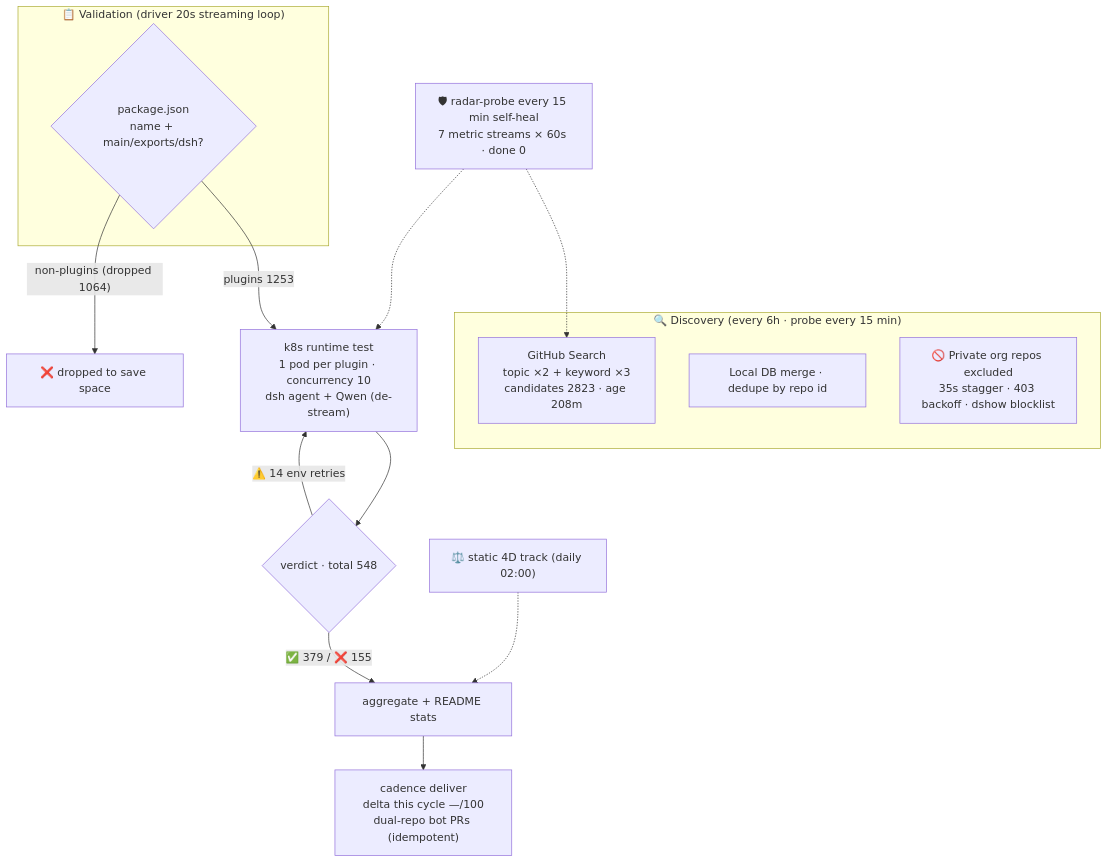
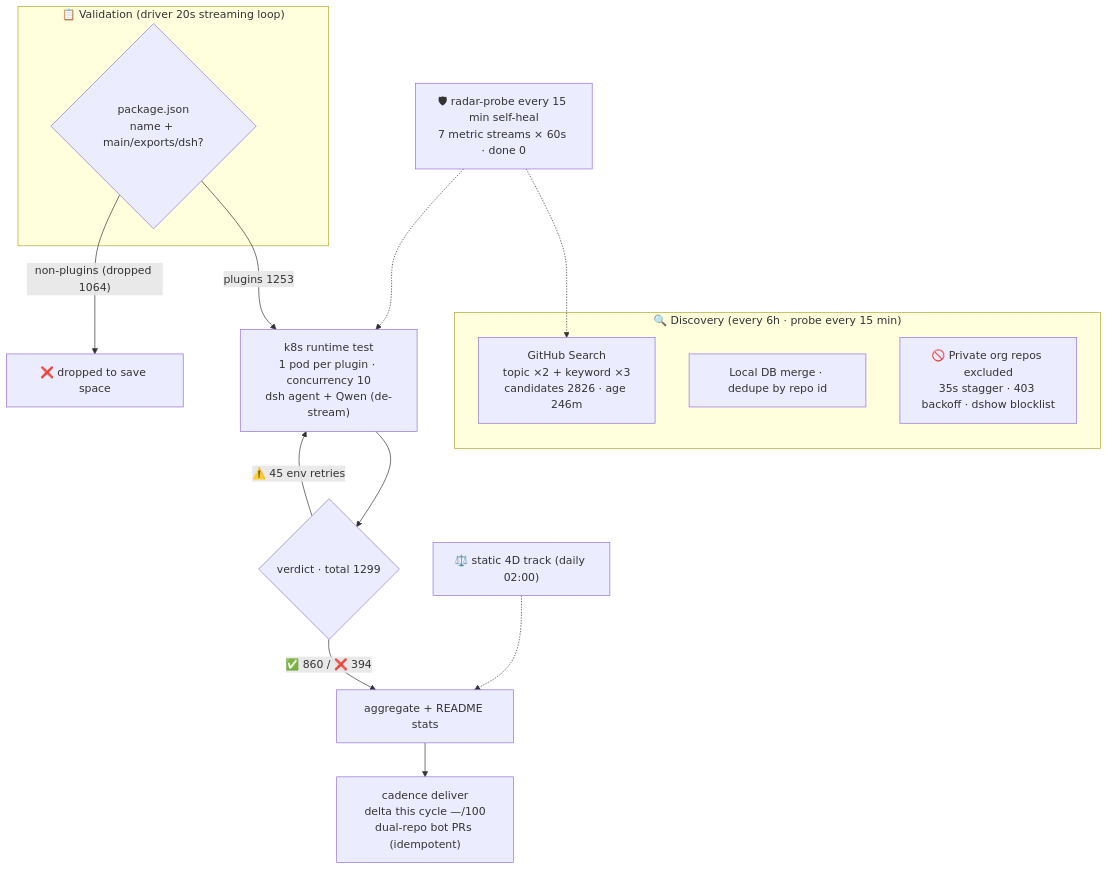
Before and after one commit to Zhidao-Lab-OSS/awesome-dsh-plugins: the diagram in README.en-US.md, drawn with Mermaid. The commit also changed other lines of this file and 6 other files, not shown here.

````diff
--- a/README.en-US.md
+++ b/README.en-US.md
@@ -29,20 +29,20 @@
 ```mermaid
 flowchart TB
     subgraph Discovery["🔍 Discovery (every 6h · probe every 15 min)"]
-        A1["GitHub Search<br/>topic ×2 + keyword ×3<br/>candidates 2823 · age 208m"]
+        A1["GitHub Search<br/>topic ×2 + keyword ×3<br/>candidates 2826 · age 246m"]
         A2["Local DB merge · dedupe by repo id"]
         A3["🚫 Private org repos excluded<br/>35s stagger · 403 backoff · dshow blocklist"]
     end
     subgraph Validation["📋 Validation (driver 20s streaming loop)"]
         B1{"package.json<br/>name + main/exports/dsh?"}
     end
     B1 -->|"plugins 1253"| C1["k8s runtime test<br/>1 pod per plugin · concurrency 10<br/>dsh agent + Qwen (de-stream)"]
     B1 -->|"non-plugins (dropped 1064)"| B3["❌ dropped to save space"]
-    C1 --> D1{"verdict · total 548"}
-    D1 -->|"✅ 379 / ❌ 155"| E1["aggregate + README stats"]
-    D1 -->|"⚠️ 14 env retries"| C1
+    C1 --> D1{"verdict · total 1299"}
+    D1 -->|"✅ 860 / ❌ 394"| E1["aggregate + README stats"]
+    D1 -->|"⚠️ 45 env retries"| C1
     E1 --> E2["cadence deliver<br/>delta this cycle —/100<br/>dual-repo bot PRs (idempotent)"]
     S["⚖️ static 4D track (daily 02:00)"] -.-> E1
     M["🛡 radar-probe every 15 min self-heal<br/>7 metric streams × 60s · done 0"] -.-> A1
     M -.-> C1
 ```
````
